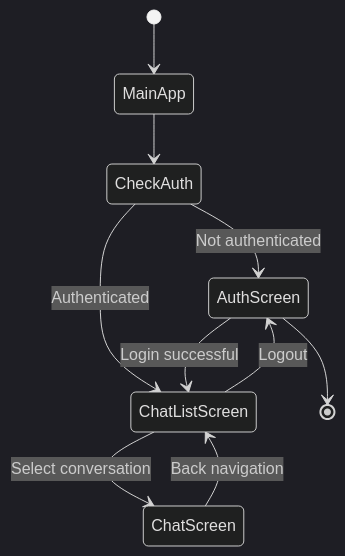
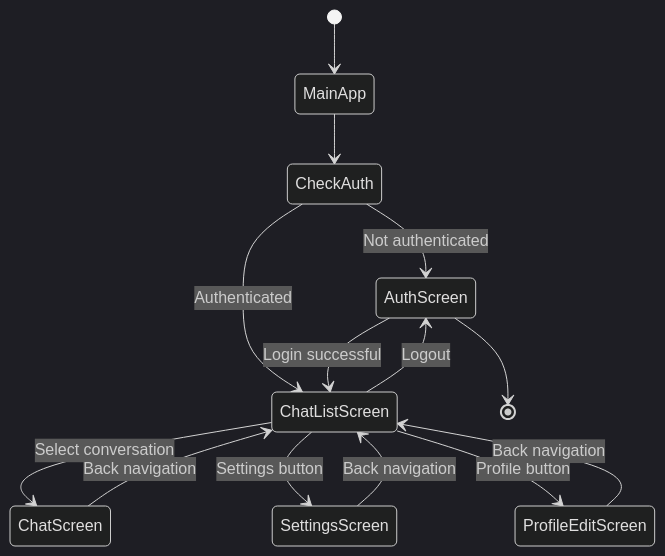
Before and after one commit to shoebsmk/Flutter-chat-claude: the sixth of 9 diagrams in chat_app/ARCHITECTURE.md, drawn with Mermaid (dark theme). The commit also changed other lines of this file and 1 other file, not shown here.

First line of the commit message:
Update ARCHITECTURE.md and FEATURE_SUGGESTIONS.md to reflect new screens and theme service

````diff
--- a/chat_app/ARCHITECTURE.md
+++ b/chat_app/ARCHITECTURE.md
@@ -233,12 +236,16 @@
 ```mermaid
 stateDiagram-v2
     [*] --> MainApp
     MainApp --> CheckAuth
     CheckAuth --> AuthScreen: Not authenticated
     CheckAuth --> ChatListScreen: Authenticated
     AuthScreen --> ChatListScreen: Login successful
     ChatListScreen --> ChatScreen: Select conversation
+    ChatListScreen --> SettingsScreen: Settings button
+    ChatListScreen --> ProfileEditScreen: Profile button
     ChatScreen --> ChatListScreen: Back navigation
+    SettingsScreen --> ChatListScreen: Back navigation
+    ProfileEditScreen --> ChatListScreen: Back navigation
     ChatListScreen --> AuthScreen: Logout
     AuthScreen --> [*]
 ```
````
